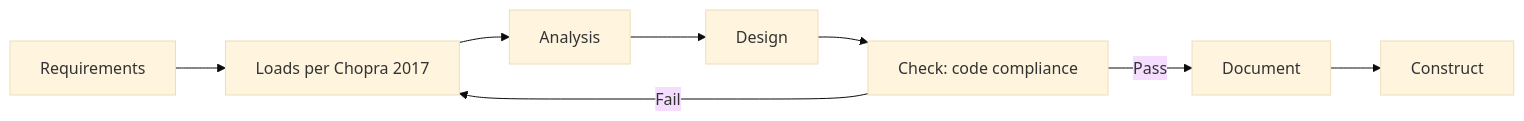
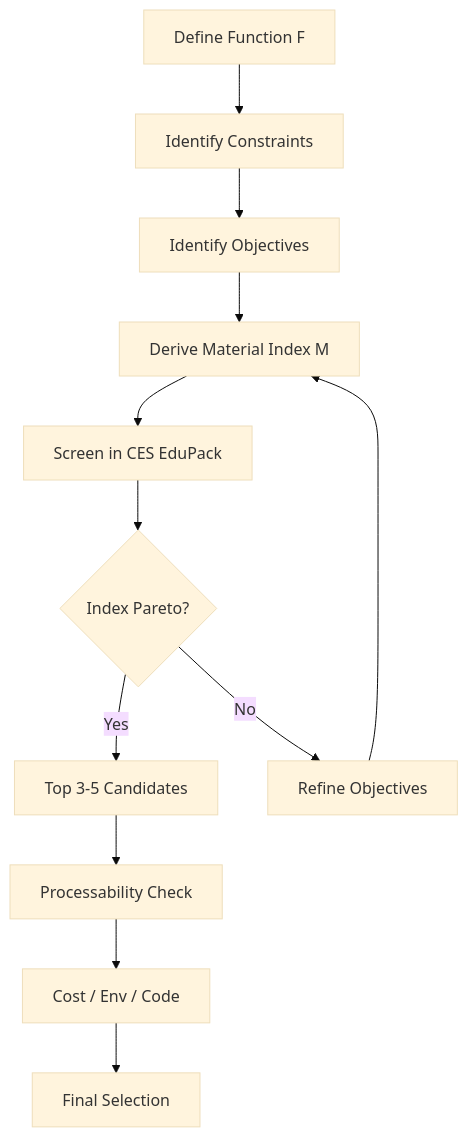
One commit to yip-lgtm/civil-bootcamp changed the first of 5 diagrams in MIT_CEE_MEng_SMD/21_3.371_Structural_Materials.md. Above: the diagram before and after it, drawn with Mermaid (base theme). The commit also changed other lines of this file and 12 other files, not shown here.

First line of the commit message:
LLM enrichment: 13 courses enhanced with real scholars, sources, diagrams

````diff
--- a/MIT_CEE_MEng_SMD/21_3.371_Structural_Materials.md
+++ b/MIT_CEE_MEng_SMD/21_3.371_Structural_Materials.md
@@ -476,10 +270,14 @@
 ```mermaid
-graph LR
-    A[Requirements] --> B[Loads per Chopra 2017]
-    B --> C[Analysis]
-    C --> D[Design]
-    D --> E[Check: code compliance]
-    E -->|Fail| B
-    E -->|Pass| F[Document]
-    F --> G[Construct]
+flowchart TD
+    A[Define Function F] --> B[Identify Constraints]
+    B --> C[Identify Objectives]
+    C --> D[Derive Material Index M]
+    D --> E[Screen in CES EduPack]
+    E --> F{Index Pareto?}
+    F -->|Yes| G[Top 3-5 Candidates]
+    F -->|No| H[Refine Objectives]
+    H --> D
+    G --> I[Processability Check]
+    I --> J[Cost / Env / Code]
+    J --> K[Final Selection]
 ```
````
